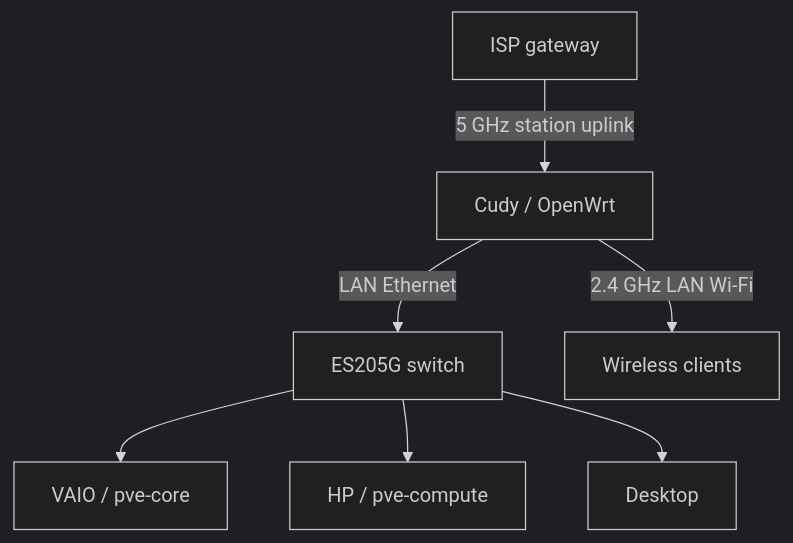
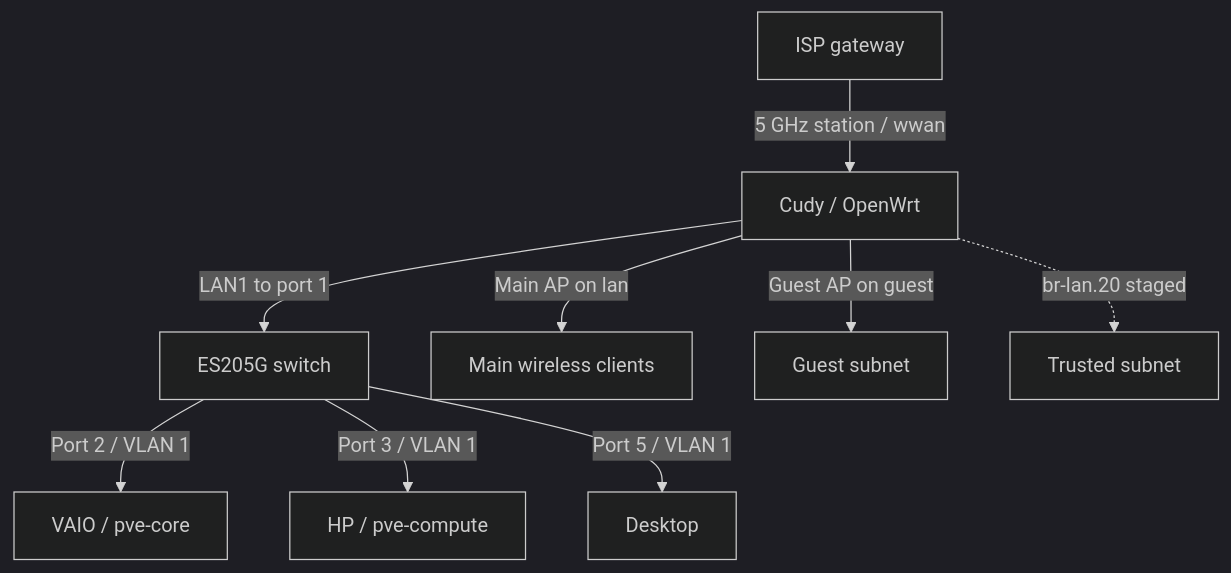
The first of 3 diagrams in docs/architecture.md (GiannisPel/HOMELAB), drawn with Mermaid (dark theme) before and after one commit. The commit also changed other lines of this file, not shown here.

````diff
--- a/docs/architecture.md
+++ b/docs/architecture.md
@@ -5,9 +7,11 @@
 ```mermaid
 flowchart TD
-    ISP["ISP gateway"] -->|"5 GHz station uplink"| R["Cudy / OpenWrt"]
-    R -->|"LAN Ethernet"| S["ES205G switch"]
-    R -->|"2.4 GHz LAN Wi-Fi"| W["Wireless clients"]
-    S --> V["VAIO / pve-core"]
-    S --> H["HP / pve-compute"]
-    S --> D["Desktop"]
+    ISP["ISP gateway"] -->|"5 GHz station / wwan"| R["Cudy / OpenWrt"]
+    R -->|"LAN1 to port 1"| S["ES205G switch"]
+    R -->|"Main AP on lan"| W["Main wireless clients"]
+    R -->|"Guest AP on guest"| G["Guest subnet"]
+    R -.->|"br-lan.20 staged"| T["Trusted subnet"]
+    S -->|"Port 2 / VLAN 1"| V["VAIO / pve-core"]
+    S -->|"Port 3 / VLAN 1"| H["HP / pve-compute"]
+    S -->|"Port 5 / VLAN 1"| D["Desktop"]
 ```
````
